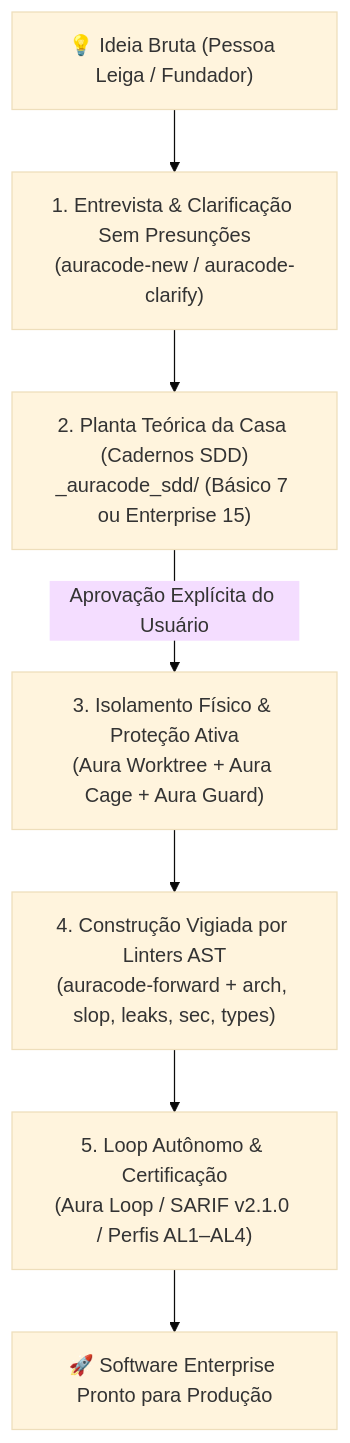
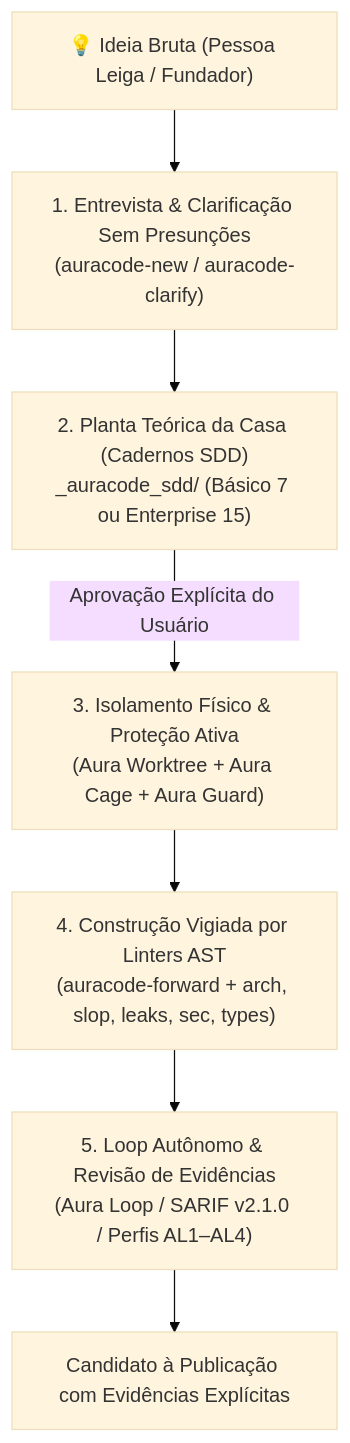
One commit to Maferreira25/Aura-Code changed the diagram in README.pt-BR.md. Above: the diagram before and after it, drawn with Mermaid (base theme). The commit also changed other lines of this file and 146 other files, not shown here.

````diff
--- a/README.pt-BR.md
+++ b/README.pt-BR.md
@@ -111,9 +110,9 @@
 ```mermaid
 graph TD
     A["💡 Ideia Bruta (Pessoa Leiga / Fundador)"] --> B["1. Entrevista & Clarificação Sem Presunções<br>(auracode-new / auracode-clarify)"]
     B --> C["2. Planta Teórica da Casa (Cadernos SDD)<br>_auracode_sdd/ (Básico 7 ou Enterprise 15)"]
     C -->|Aprovação Explícita do Usuário| D["3. Isolamento Físico & Proteção Ativa<br>(Aura Worktree + Aura Cage + Aura Guard)"]
     D --> E["4. Construção Vigiada por Linters AST<br>(auracode-forward + arch, slop, leaks, sec, types)"]
-    E --> F["5. Loop Autônomo & Certificação<br>(Aura Loop / SARIF v2.1.0 / Perfis AL1–AL4)"]
-    F --> G["🚀 Software Enterprise Pronto para Produção"]
+    E --> F["5. Loop Autônomo & Revisão de Evidências<br>(Aura Loop / SARIF v2.1.0 / Perfis AL1–AL4)"]
+    F --> G["Candidato à Publicação com Evidências Explícitas"]
 ```
````
